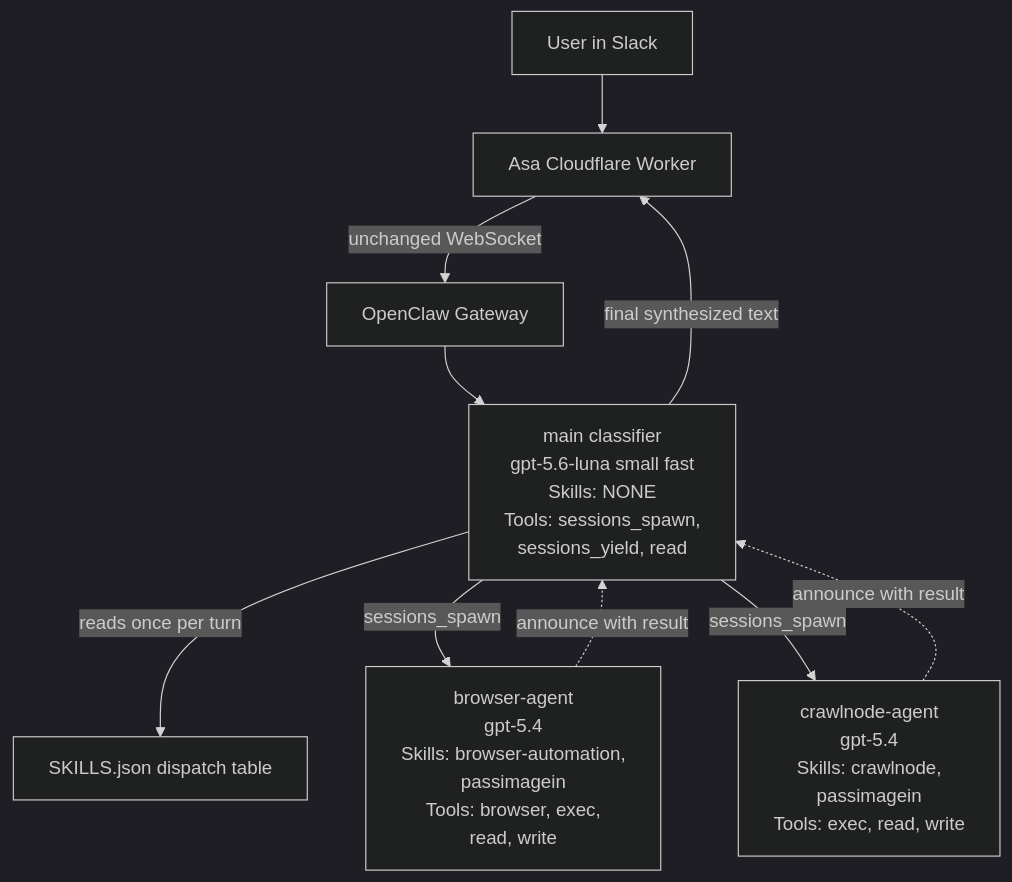
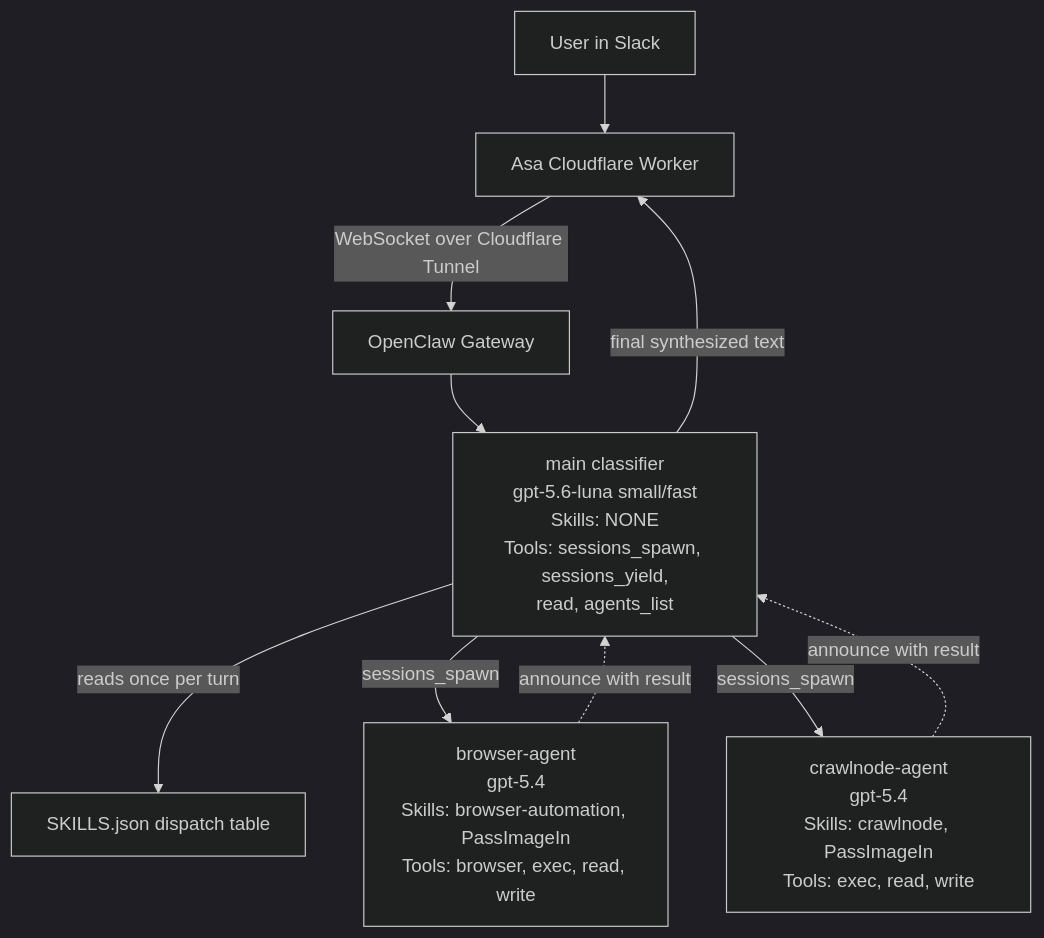
Before and after one commit to linkgrid/openclaw-skill.crawlnode.com: the first of 2 diagrams in DESIGN.md, drawn with Mermaid (dark theme). The commit also changed other lines of this file and 1 other file, not shown here.

````diff
--- a/DESIGN.md
+++ b/DESIGN.md
@@ -62,15 +46,15 @@
 ```mermaid
 flowchart TB
     User[User in Slack] --> Asa[Asa Cloudflare Worker]
-    Asa -->|unchanged WebSocket| Gateway[OpenClaw Gateway]
-    Gateway --> Classifier["main classifier<br/>gpt-5.6-luna small fast<br/>Skills: NONE<br/>Tools: sessions_spawn,<br/>sessions_yield, read"]
-    
+    Asa -->|WebSocket over Cloudflare Tunnel| Gateway[OpenClaw Gateway]
+    Gateway --> Classifier["main classifier<br/>gpt-5.6-luna small/fast<br/>Skills: NONE<br/>Tools: sessions_spawn, sessions_yield,<br/>read, agents_list"]
+
     Classifier -->|reads once per turn| SkillsJson["SKILLS.json dispatch table"]
-    Classifier -->|sessions_spawn| BrowserAgent["browser-agent<br/>gpt-5.4<br/>Skills: browser-automation,<br/>passimagein<br/>Tools: browser, exec,<br/>read, write"]
-    Classifier -->|sessions_spawn| CrawlnodeAgent["crawlnode-agent<br/>gpt-5.4<br/>Skills: crawlnode,<br/>passimagein<br/>Tools: exec, read, write"]
-    
+    Classifier -->|sessions_spawn| BrowserAgent["browser-agent<br/>gpt-5.4<br/>Skills: browser-automation, PassImageIn<br/>Tools: browser, exec, read, write"]
+    Classifier -->|sessions_spawn| CrawlnodeAgent["crawlnode-agent<br/>gpt-5.4<br/>Skills: crawlnode, PassImageIn<br/>Tools: exec, read, write"]
+
     BrowserAgent -.->|announce with result| Classifier
     CrawlnodeAgent -.->|announce with result| Classifier
-    
+
     Classifier -->|final synthesized text| Asa
 ```
````
